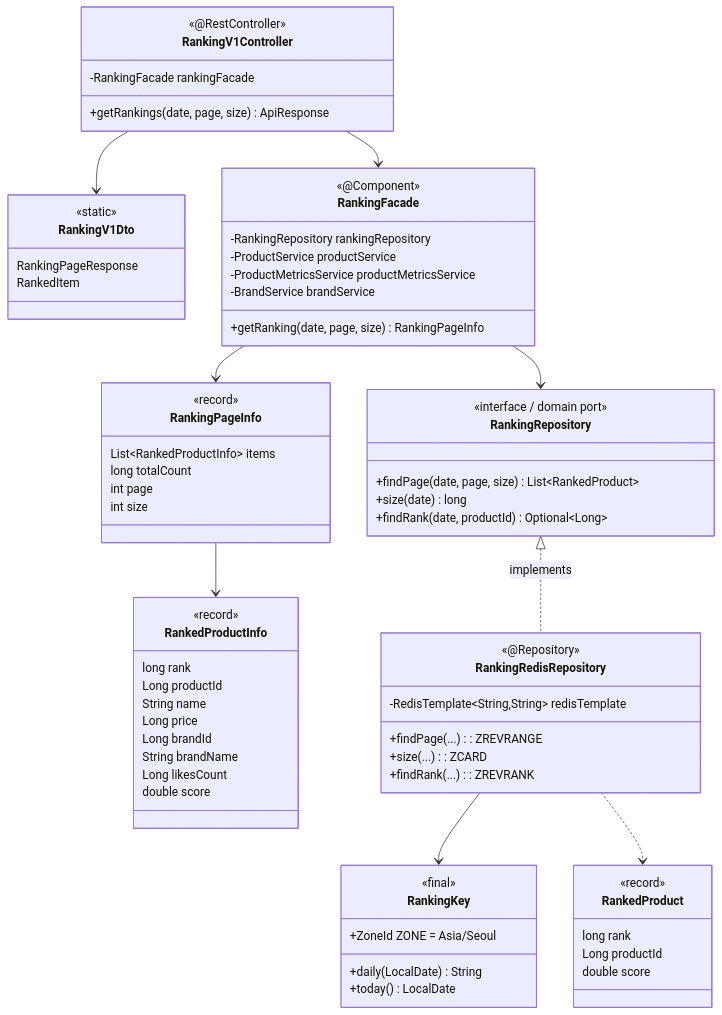
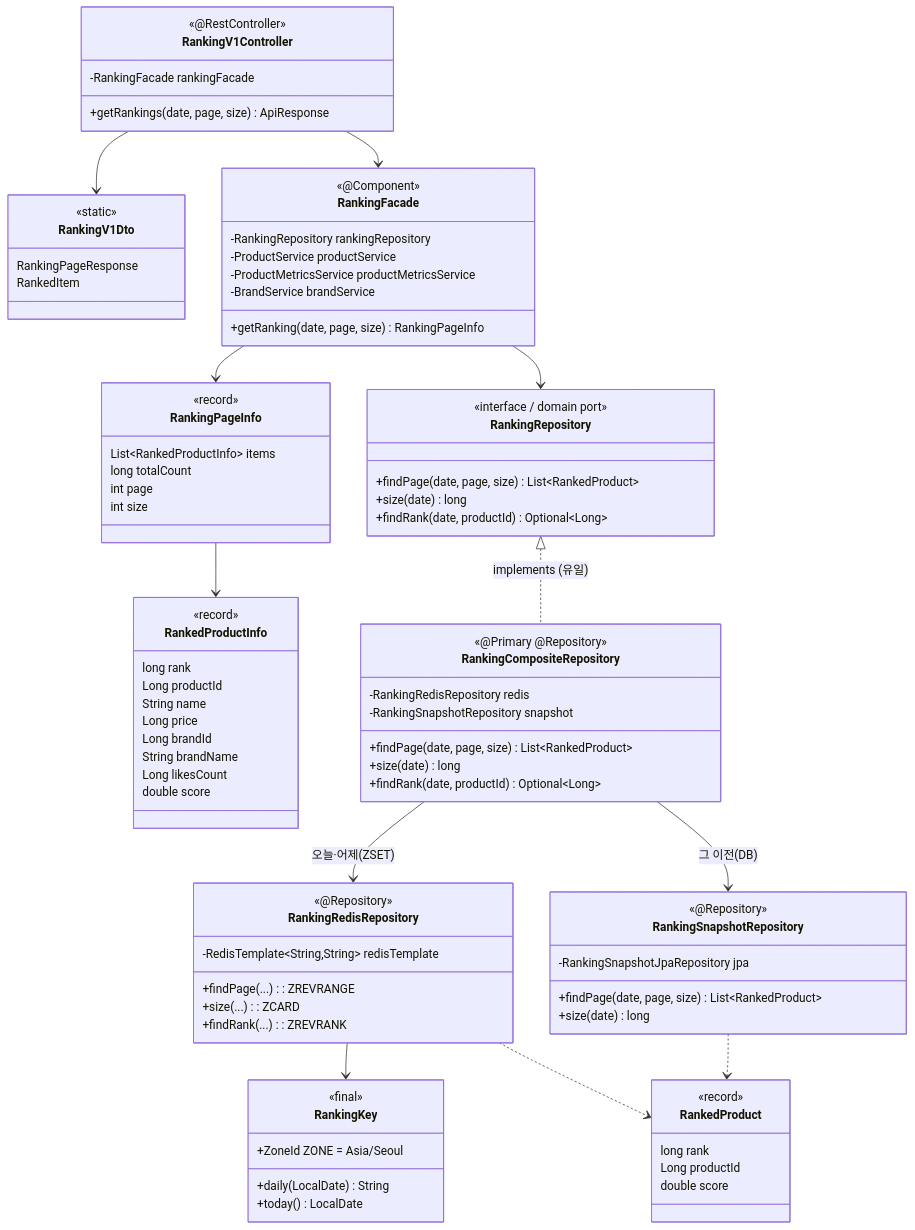
One commit to gamewithfriend/loop-pack-be-l2-vol4-java changed the second of 3 diagrams in docs/week9/03-class-diagram.md. Above: the diagram before and after it, drawn with Mermaid. The commit also changed other lines of this file and 4 other files, not shown here.

````diff
--- a/docs/week9/03-class-diagram.md
+++ b/docs/week9/03-class-diagram.md
@@ -142,7 +142,24 @@
     RankingFacade --> RankingRepository
     RankingFacade --> RankingPageInfo
     RankingPageInfo --> RankedProductInfo
-    RankingRepository <|.. RankingRedisRepository : implements
+    class RankingCompositeRepository {
+        <<@Primary @Repository>>
+        -RankingRedisRepository redis
+        -RankingSnapshotRepository snapshot
+        +findPage(date, page, size) List~RankedProduct~
+        +size(date) long
+        +findRank(date, productId) Optional~Long~
+    }
+    class RankingSnapshotRepository {
+        <<@Repository>>
+        -RankingSnapshotJpaRepository jpa
+        +findPage(date, page, size) List~RankedProduct~
+        +size(date) long
+    }
+    RankingRepository <|.. RankingCompositeRepository : implements (유일)
+    RankingCompositeRepository --> RankingRedisRepository : 오늘·어제(ZSET)
+    RankingCompositeRepository --> RankingSnapshotRepository : 그 이전(DB)
     RankingRedisRepository --> RankingKey
     RankingRedisRepository ..> RankedProduct
+    RankingSnapshotRepository ..> RankedProduct
 ```
````
